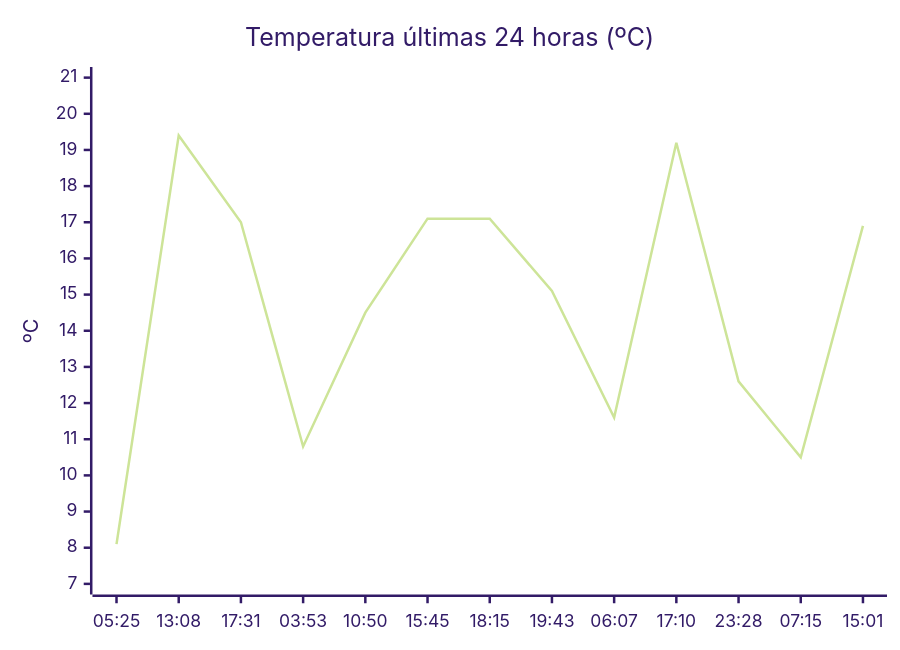
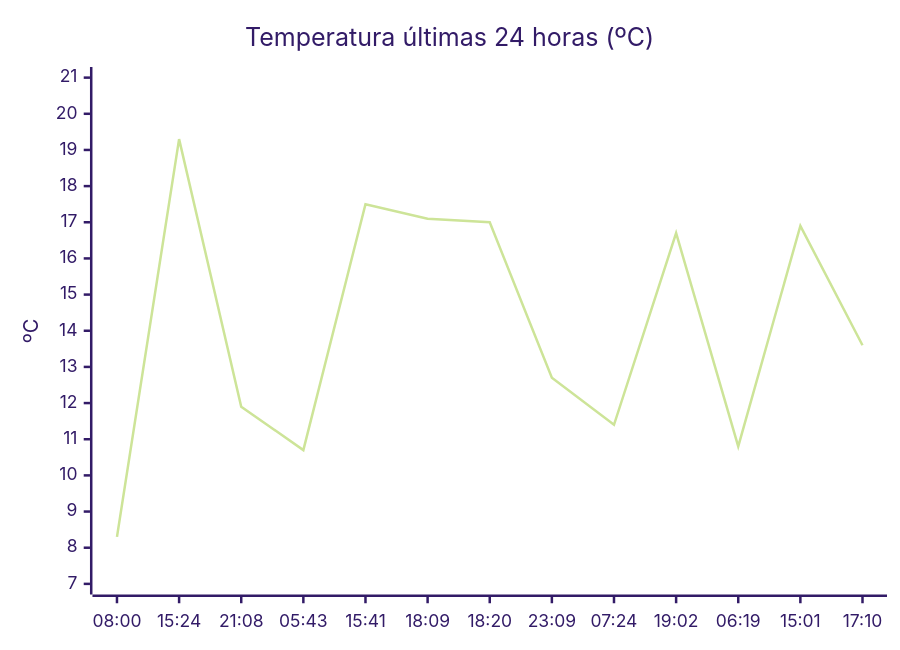
One commit to solidsnk86/rem-scrap changed the diagram in README.md. Above: the diagram before and after it, drawn with Mermaid (forest theme). The commit also changed other lines of this file, not shown here.

````diff
--- a/README.md
+++ b/README.md
@@ -28,7 +32,7 @@
 ```mermaid
 xychart-beta
     title "Temperatura últimas 24 horas (ºC)"
-    x-axis ["05:25", "13:08", "17:31", "03:53", "10:50", "15:45", "18:15", "19:43", "06:07", "17:10", "23:28", "07:15", "15:01"]
+    x-axis ["08:00", "15:24", "21:08", "05:43", "15:41", "18:09", "18:20", "23:09", "07:24", "19:02", "06:19", "15:01", "17:10"]
     y-axis "ºC" 7 --> 21
-    line [8.1, 19.4, 17, 10.8, 14.5, 17.1, 17.1, 15.1, 11.6, 19.2, 12.6, 10.5, 16.9]
+    line [8.3, 19.3, 11.9, 10.7, 17.5, 17.1, 17, 12.7, 11.4, 16.7, 10.8, 16.9, 13.6]
 ```
````
